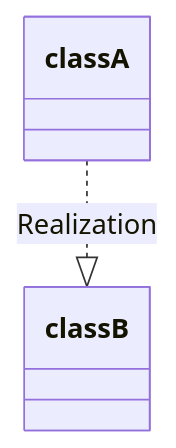
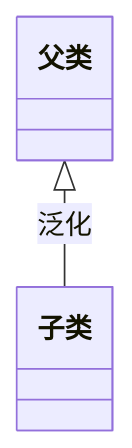
The fourth of 5 diagrams in _posts/2022/2022-05-02-UML.md (chesterchenn/blog), drawn with Mermaid before and after one commit. The commit also changed other lines of this file, not shown here.

Commit message:
docs: 整理 UML 中的关系和图示

```diff
--- a/_posts/2022/2022-05-02-UML.md
+++ b/_posts/2022/2022-05-02-UML.md
@@ -140,4 +130,4 @@
 <div class="mermaid">
   classDiagram
-  classA ..|> classB : Realization
+  父类 <|-- 子类 : 泛化
 </div>
```
